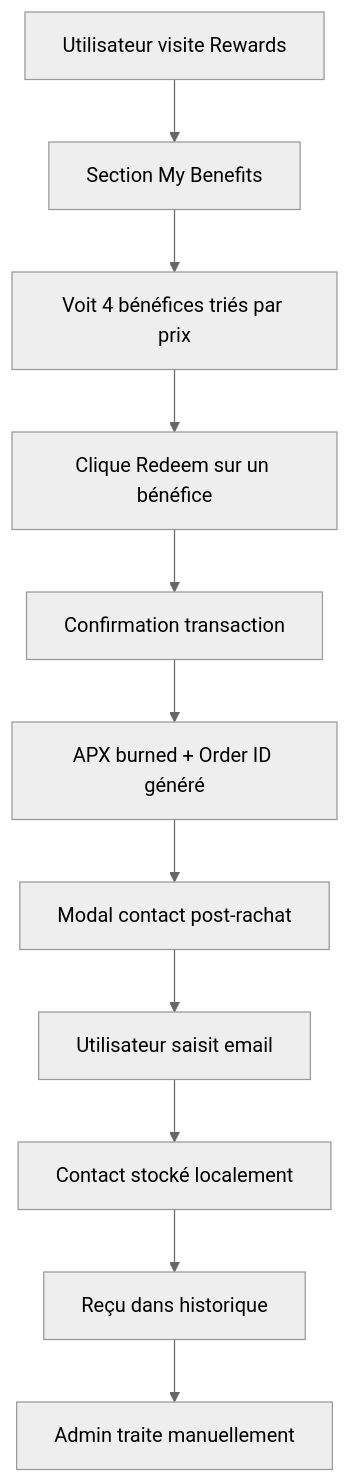
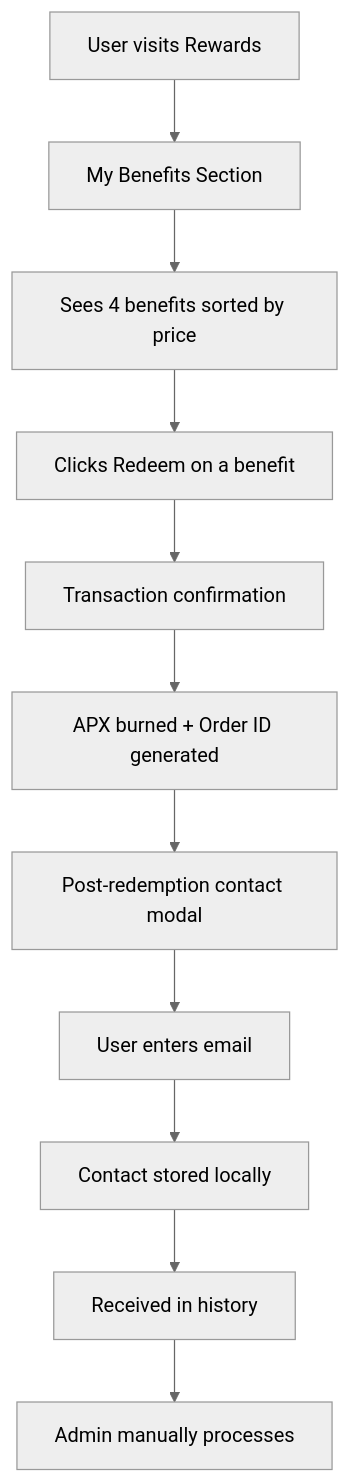
The diagram in IMPLEMENTATION_GUIDE.md (AidenP2P/test-app-aptitudex), drawn with Mermaid (neutral theme) before and after one commit. The commit also changed other lines of this file and 3 other files, not shown here.

````diff
--- a/IMPLEMENTATION_GUIDE.md
+++ b/IMPLEMENTATION_GUIDE.md
@@ -70,13 +70,13 @@
 ```mermaid
 graph TD
-    A[Utilisateur visite Rewards] --> B[Section My Benefits]
-    B --> C[Voit 4 bénéfices triés par prix]
-    C --> D[Clique Redeem sur un bénéfice]
-    D --> E[Confirmation transaction]
-    E --> F[APX burned + Order ID généré]
-    F --> G[Modal contact post-rachat]
-    G --> H[Utilisateur saisit email]
-    H --> I[Contact stocké localement]
-    I --> J[Reçu dans historique]
-    J --> K[Admin traite manuellement]
+    A[User visits Rewards] --> B[My Benefits Section]
+    B --> C[Sees 4 benefits sorted by price]
+    C --> D[Clicks Redeem on a benefit]
+    D --> E[Transaction confirmation]
+    E --> F[APX burned + Order ID generated]
+    F --> G[Post-redemption contact modal]
+    G --> H[User enters email]
+    H --> I[Contact stored locally]
+    I --> J[Received in history]
+    J --> K[Admin manually processes]
 ```
````
